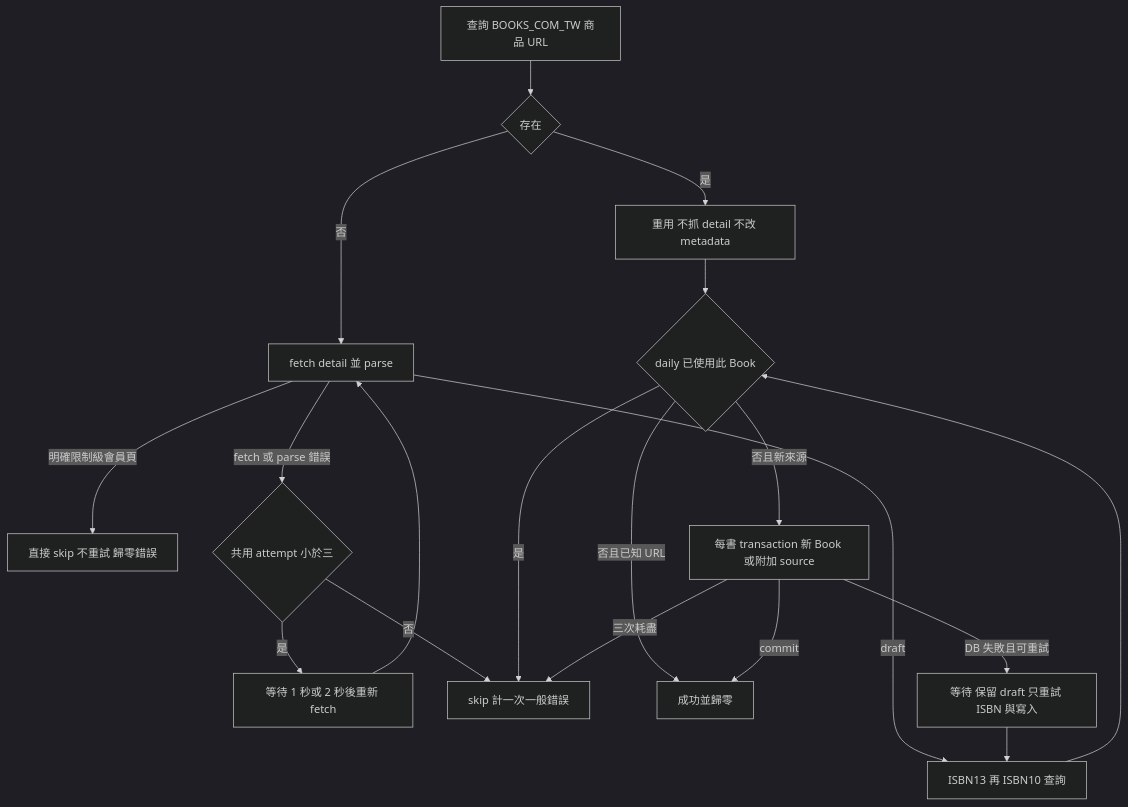
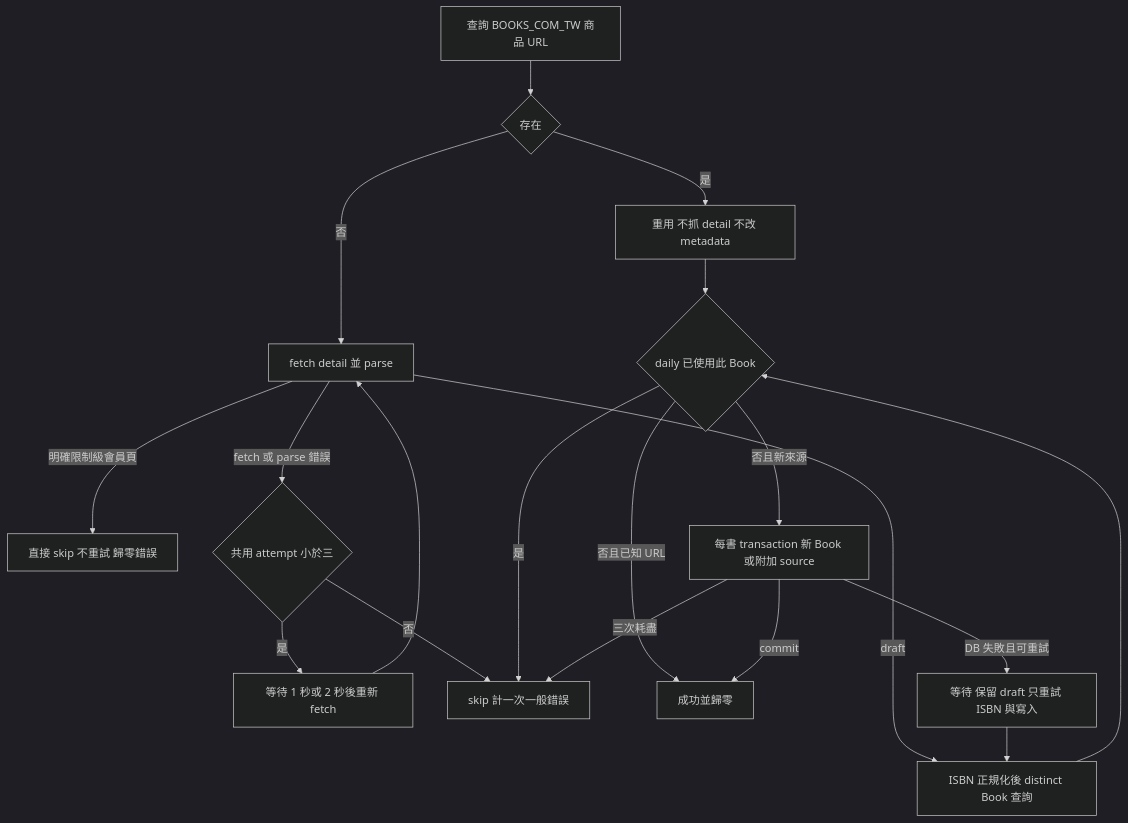
The second of 4 diagrams in crawler/docs/workflow-diagram.md (Arthur801/Book-Finder), drawn with Mermaid (dark theme) before and after one commit. The commit also changed other lines of this file and 7 other files, not shown here.

````diff
--- a/crawler/docs/workflow-diagram.md
+++ b/crawler/docs/workflow-diagram.md
@@ -44,21 +44,21 @@
 ```mermaid
 flowchart TD
  A[查詢 BOOKS_COM_TW 商品 URL] --> B{存在}
  B -->|是| C[重用 不抓 detail 不改 metadata]
  B -->|否| D[fetch detail 並 parse]
  D -->|明確限制級會員頁| E[直接 skip 不重試 歸零錯誤]
  D -->|fetch 或 parse 錯誤| F{共用 attempt 小於三}
  F -->|是| G[等待 1 秒或 2 秒後重新 fetch]
  G --> D
  F -->|否| H[skip 計一次一般錯誤]
- D -->|draft| I[ISBN13 再 ISBN10 查詢]
+ D -->|draft| I[ISBN 正規化後 distinct Book 查詢]
  C --> J{daily 已使用此 Book}
  I --> J
  J -->|是| H
  J -->|否且已知 URL| K[成功並歸零]
  J -->|否且新來源| L[每書 transaction 新 Book 或附加 source]
  L -->|commit| K
  L -->|DB 失敗且可重試| M[等待 保留 draft 只重試 ISBN 與寫入]
  M --> I
  L -->|三次耗盡| H
 ```
````
